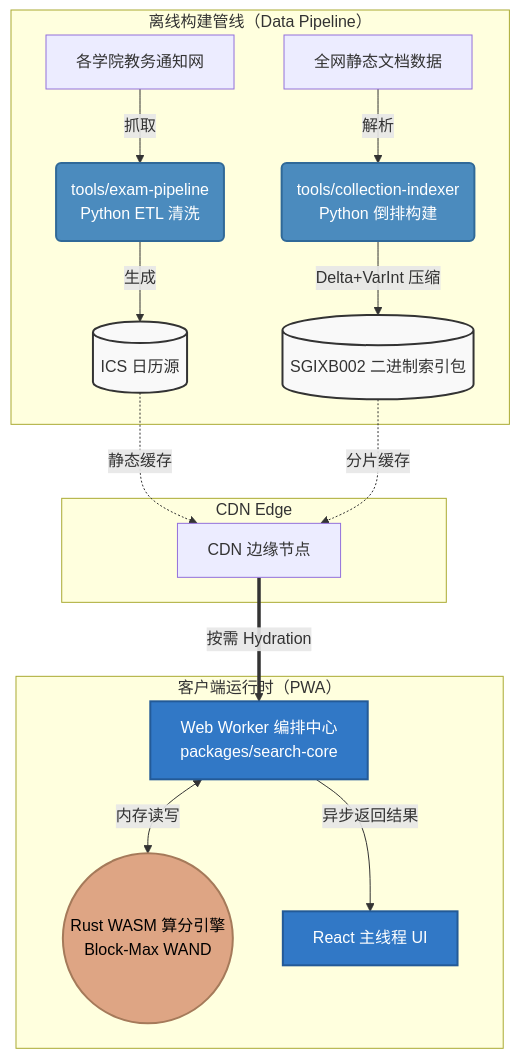
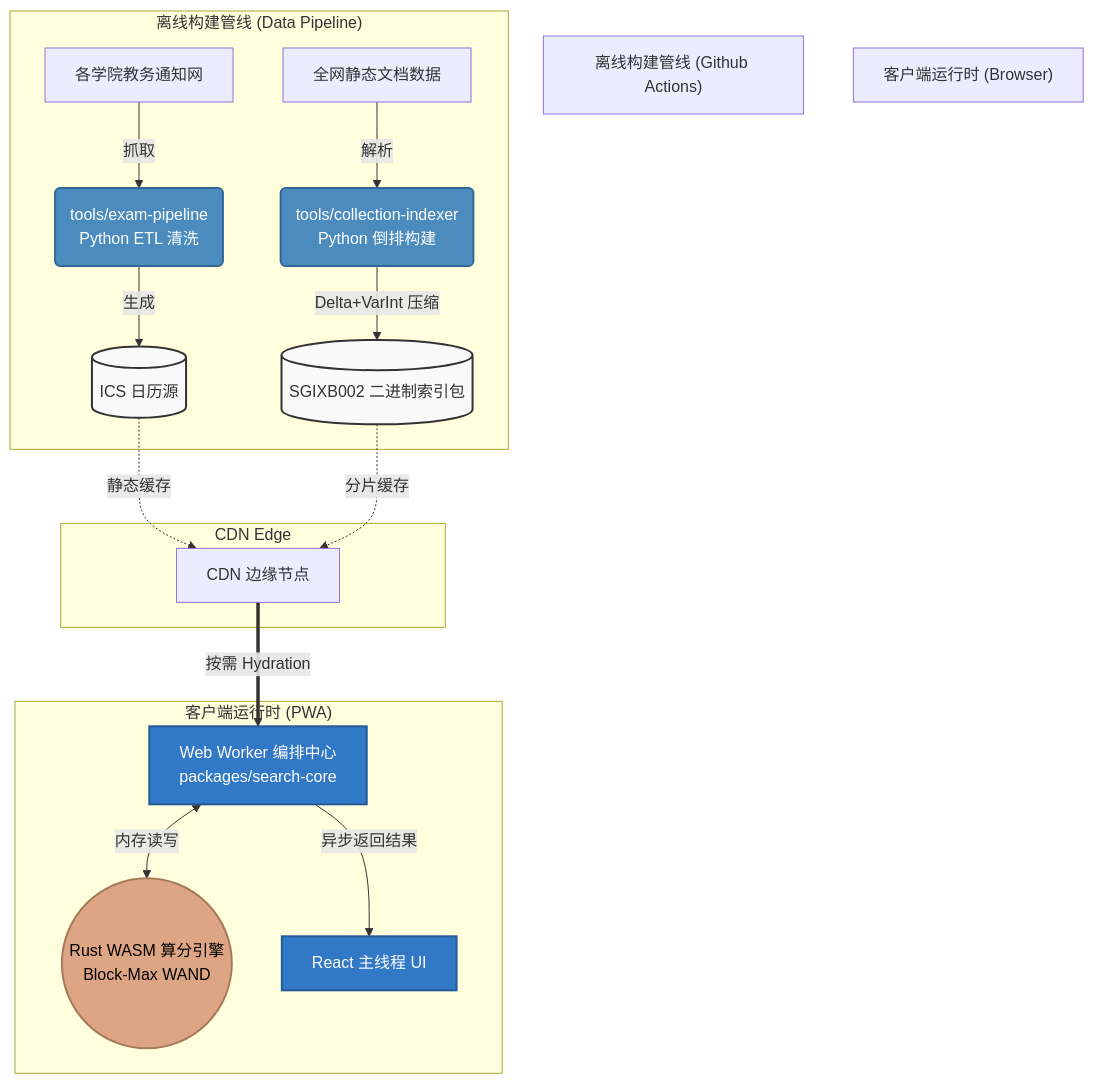
The diagram in README.md (hicancan/NJUPT-Exam-Sync), drawn with Mermaid before and after one commit. The commit also changed other lines of this file, not shown here.

Commit message:
docs: refine architecture details based on deep code review

````diff
--- a/README.md
+++ b/README.md
@@ -82,31 +82,34 @@
 ```mermaid
 graph TD
-    subgraph 离线管线 ["离线构建管线（Data Pipeline）"]
+    subaxis_offline["离线构建管线 (Github Actions)"]
+    subaxis_client["客户端运行时 (Browser)"]
+
+    subgraph 离线管线 ["离线构建管线 (Data Pipeline)"]
         A["各学院教务通知网"] -->|抓取| B("tools/exam-pipeline<br>Python ETL 清洗")
         C["全网静态文档数据"] -->|解析| D("tools/collection-indexer<br>Python 倒排构建")
         
         B -->|生成| E[("ICS 日历源")]
         D -->|Delta+VarInt 压缩| F[("SGIXB002 二进制索引包")]
     end
 
     subgraph 边缘分发 ["CDN Edge"]
         E -.静态缓存.-> G["CDN 边缘节点"]
         F -.分片缓存.-> G
     end
 
-    subgraph 客户端 ["客户端运行时（PWA）"]
+    subgraph 客户端 ["客户端运行时 (PWA)"]
         G ==>|按需 Hydration| H["Web Worker 编排中心<br>packages/search-core"]
         H <-->|内存读写| I(("Rust WASM 算分引擎<br>Block-Max WAND"))
         H -->|异步返回结果| J["React 主线程 UI"]
     end
 
     classDef python fill:#4B8BBE,stroke:#306998,stroke-width:2px,color:white;
     classDef rust fill:#DEA584,stroke:#A57A5A,stroke-width:2px,color:black;
     classDef ts fill:#3178C6,stroke:#235A97,stroke-width:2px,color:white;
     classDef storage fill:#f9f9f9,stroke:#333,stroke-width:2px;
     
     class B,D python;
     class I rust;
     class H,J ts;
     class E,F storage;
 ```
````
